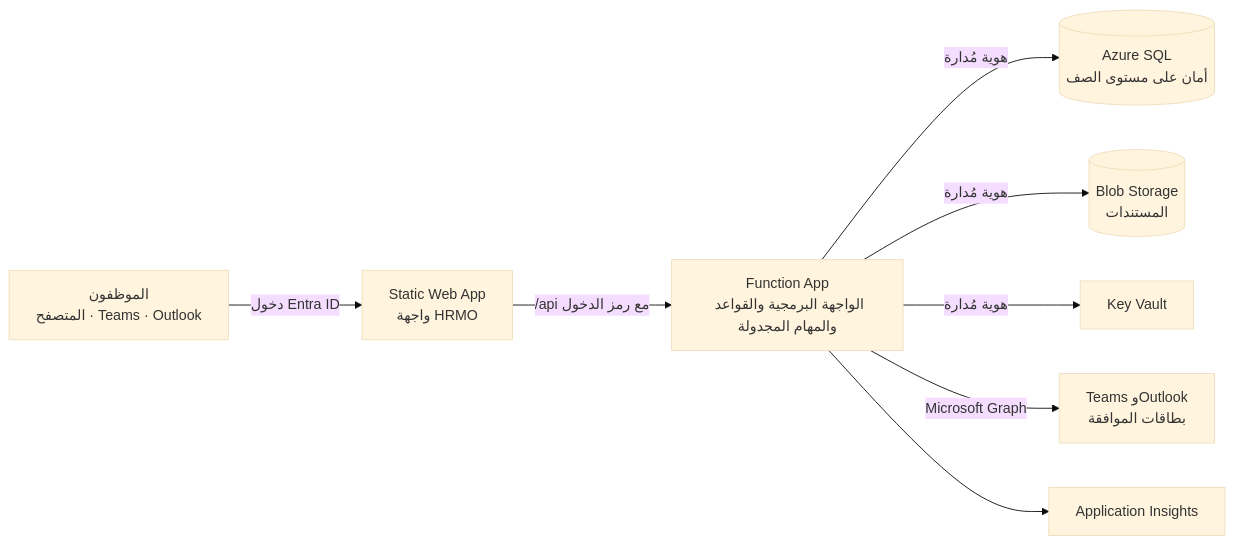
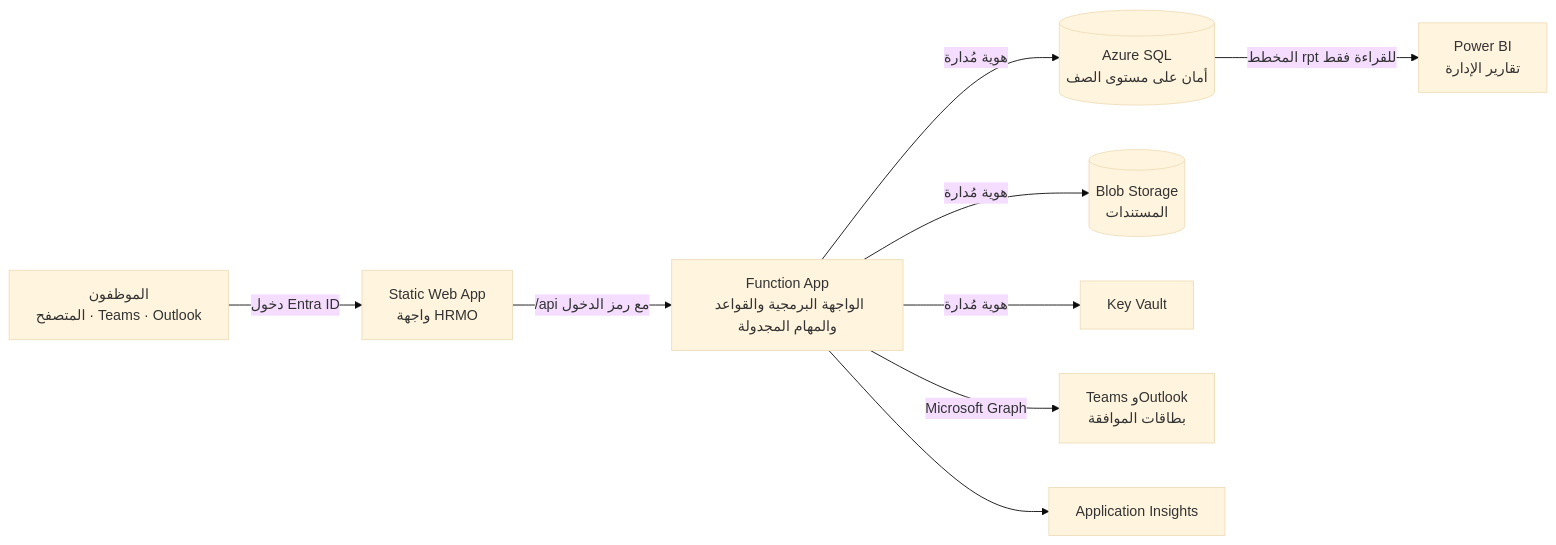
One commit to Mahassira/HRMO changed the diagram in docs/ar/architecture.md. Above: the diagram before and after it, drawn with Mermaid (base theme). The commit also changed other lines of this file and 3 other files, not shown here.

First line of the commit message:
Add Power BI reporting layer: star-schema views in the rpt schema

````diff
--- a/docs/ar/architecture.md
+++ b/docs/ar/architecture.md
@@ -20,10 +20,11 @@
 ```mermaid
 flowchart LR
   U[الموظفون<br/>المتصفح · Teams · Outlook] -->|دخول Entra ID| W[Static Web App<br/>واجهة HRMO]
   W -->|/api مع رمز الدخول| A[Function App<br/>الواجهة البرمجية والقواعد والمهام المجدولة]
   A -->|هوية مُدارة| D[(Azure SQL<br/>أمان على مستوى الصف)]
   A -->|هوية مُدارة| B[(Blob Storage<br/>المستندات)]
   A -->|هوية مُدارة| K[Key Vault]
   A -->|Microsoft Graph| T[Teams وOutlook<br/>بطاقات الموافقة]
   A --> M[Application Insights]
+  D -->|المخطط rpt للقراءة فقط| P[Power BI<br/>تقارير الإدارة]
 ```
````
